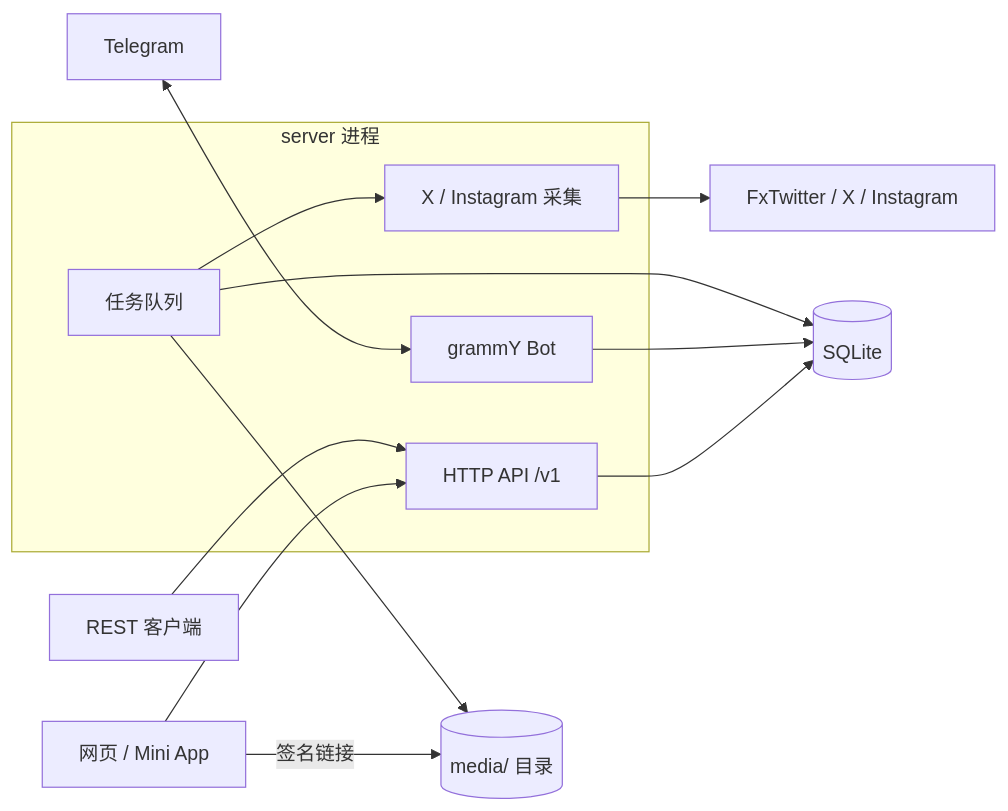
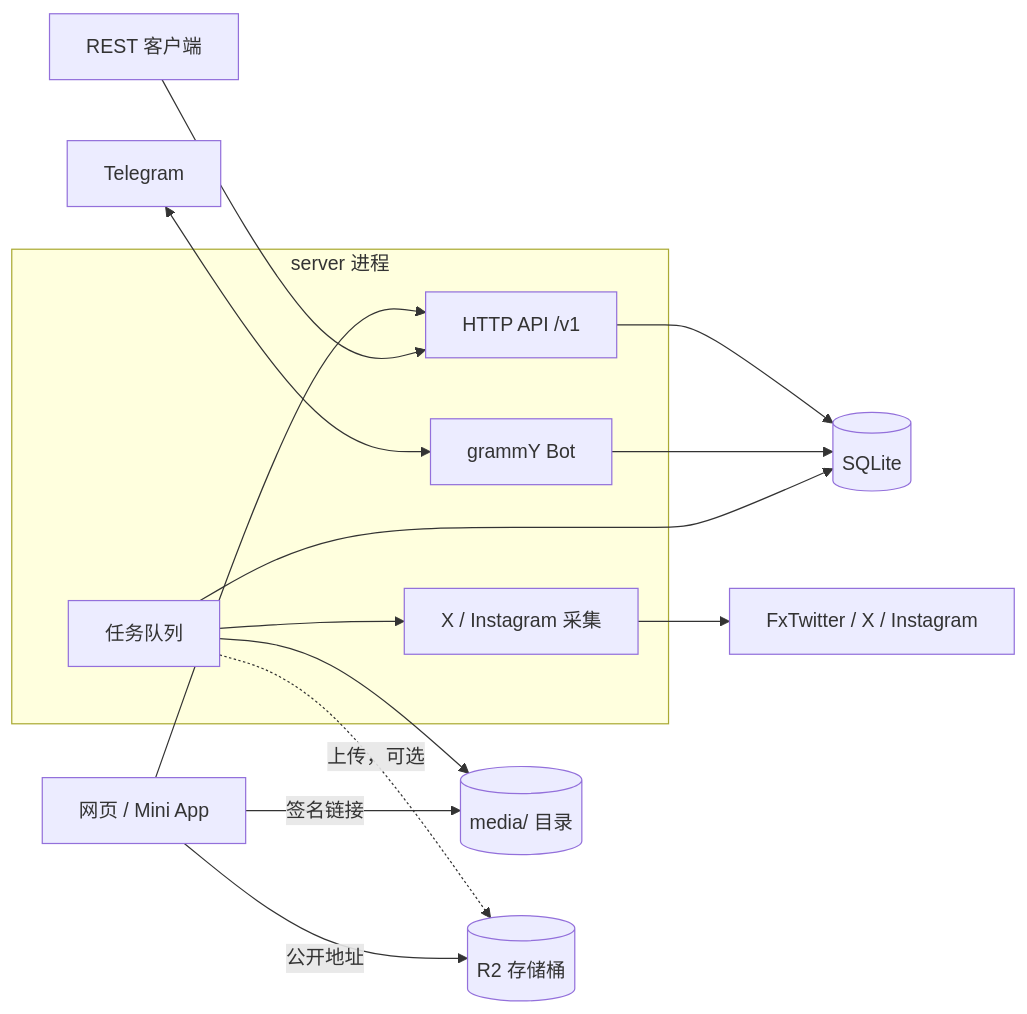
Before and after one commit to sxzz/midden: the diagram in docs/architecture.md, drawn with Mermaid. The commit also changed other lines of this file and 3 other files, not shown here.

````diff
--- a/docs/architecture.md
+++ b/docs/architecture.md
@@ -5,19 +5,21 @@
 ```mermaid
 flowchart LR
     TG[Telegram] <--> Bot
     Web[网页 / Mini App] --> API
     Script[REST 客户端] --> API
     subgraph Server[server 进程]
         API[HTTP API /v1]
         Bot[grammY Bot]
         Queue[任务队列]
         Platforms[X / Instagram 采集]
     end
     API --> DB[(SQLite)]
     Bot --> DB
     Queue --> DB
     Queue --> Platforms
     Platforms --> Upstream[FxTwitter / X / Instagram]
     Queue --> Media[(media/ 目录)]
+    Queue -.->|上传，可选| R2[(R2 存储桶)]
     Web -->|签名链接| Media
+    Web -->|公开地址| R2
 ```
````
